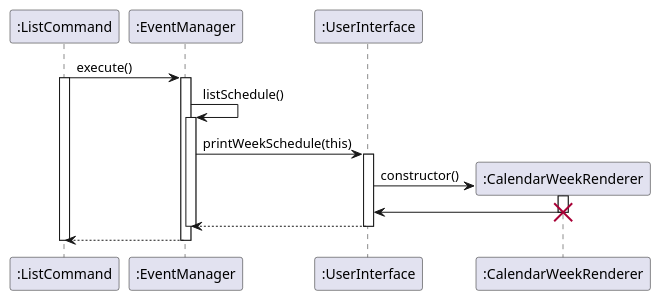
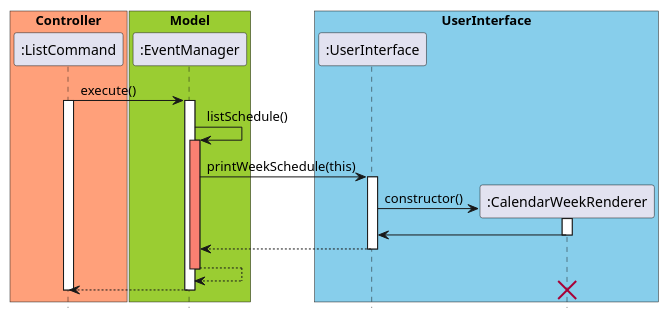
Before and after one commit to untitle4/tp: the diagram in docs/plantuml/ListWeekSequence.puml, drawn with PlantUML.

```diff
--- a/docs/plantuml/ListWeekSequence.puml
+++ b/docs/plantuml/ListWeekSequence.puml
@@ -1,21 +1,37 @@
 @startuml
+hide footbox
+
+box "Controller" #LightSalmon
+participant ":ListCommand"
+end box
+
+box "Model" #YellowGreen
+participant ":EventManager"
+end box
+
+box "UserInterface" #skyblue
+participant ":UserInterface"
+participant ":CalendarWeekRenderer"
+end box
 
 ":ListCommand" -> ":EventManager" : execute()
 activate ":ListCommand"
 activate ":EventManager"
 ":EventManager" -> ":EventManager" : listSchedule()
-activate ":EventManager"
+activate ":EventManager" #Salmon
 ":EventManager" -> ":UserInterface" : printWeekSchedule(this)
 activate ":UserInterface"
 ":UserInterface" -> ":CalendarWeekRenderer"** : constructor()
 activate ":CalendarWeekRenderer"
 ":CalendarWeekRenderer" -> ":UserInterface"
-destroy ":CalendarWeekRenderer"
+deactivate ":CalendarWeekRenderer"
 ":UserInterface" --> ":EventManager"
 deactivate ":UserInterface"
+":EventManager" --> ":EventManager"
 deactivate ":EventManager"
 ":EventManager" --> ":ListCommand"
 deactivate
 deactivate ":ListCommand"
+destroy ":CalendarWeekRenderer"
 
 @enduml
```
